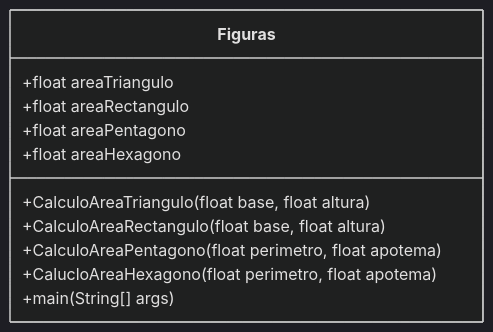
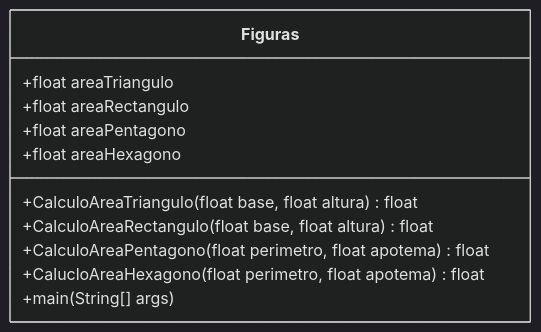
One commit to angelaserantes/Figuras_geometricas changed the diagram in README.md. Above: the diagram before and after it, drawn with Mermaid (dark theme).

Commit message:
Diagrama de clase, añdiendo returns

````diff
--- a/README.md
+++ b/README.md
@@ -5,13 +5,13 @@
 ```mermaid
 classDiagram
 class Figuras
 Figuras : +float areaTriangulo
 Figuras : +float areaRectangulo
 Figuras : +float areaPentagono
 Figuras : +float areaHexagono
-Figuras : +CalculoAreaTriangulo(float base, float altura)
-Figuras : +CalculoAreaRectangulo(float base, float altura)
-Figuras : +CalculoAreaPentagono(float perimetro, float apotema)
-Figuras: +CalucloAreaHexagono(float perimetro, float apotema)
+Figuras : +CalculoAreaTriangulo(float base, float altura) float
+Figuras : +CalculoAreaRectangulo(float base, float altura) float
+Figuras : +CalculoAreaPentagono(float perimetro, float apotema) float
+Figuras: +CalucloAreaHexagono(float perimetro, float apotema) float
 Figuras: +main(String[] args)
 ```
````
